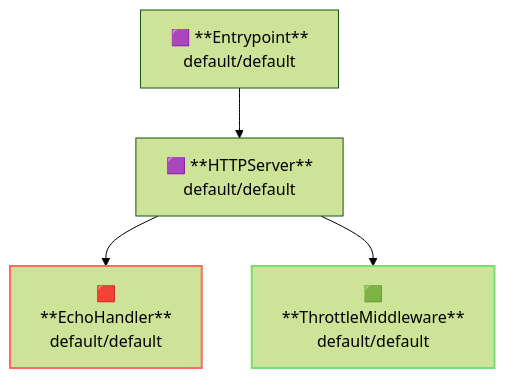
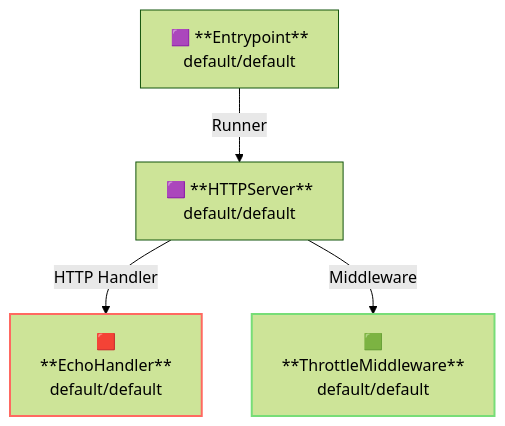
The second of 2 diagrams in examples/throttle/README.md (aileron-gateway/aileron-gateway), drawn with Mermaid (forest theme) before and after one commit. The commit also changed other lines of this file and 244 other files, not shown here.

````diff
--- a/examples/throttle/README.md
+++ b/examples/throttle/README.md
@@ -105,14 +67,14 @@
 ```mermaid
 graph TD
   Entrypoint["🟪 **Entrypoint**</br>default/default"]
   HTTPServer["🟪 **HTTPServer**</br>default/default"]
   ThrottleMiddleware["🟩</br>**ThrottleMiddleware**</br>default/default"]
   EchoHandler["🟥</br>**EchoHandler**</br>default/default"]
 
-Entrypoint --> HTTPServer
-HTTPServer --> EchoHandler
-HTTPServer --> ThrottleMiddleware
+Entrypoint --"Runner"--> HTTPServer
+HTTPServer --"HTTP Handler"--> EchoHandler
+HTTPServer --"Middleware"--> ThrottleMiddleware
 
 style ThrottleMiddleware stroke:#77dd77,stroke-width:2px
 style EchoHandler stroke:#ff6961,stroke-width:2px
 ```
````
